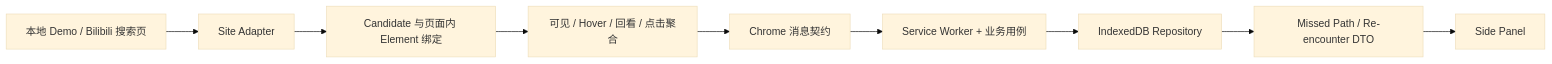
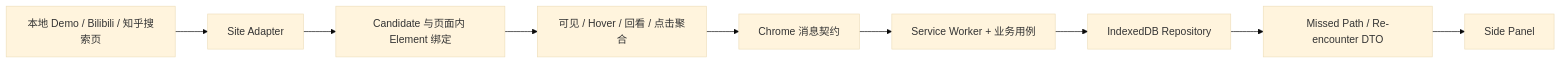
The diagram in README.md (callmedog123/Dut_hksS2), drawn with Mermaid (base theme) before and after one commit. The commit also changed other lines of this file and 31 other files, not shown here.

````diff
--- a/README.md
+++ b/README.md
@@ -21,11 +21,11 @@
 ```mermaid
 flowchart LR
-  A[本地 Demo / Bilibili 搜索页] --> B[Site Adapter]
+  A[本地 Demo / Bilibili / 知乎搜索页] --> B[Site Adapter]
   B --> C[Candidate 与页面内 Element 绑定]
   C --> D[可见 / Hover / 回看 / 点击聚合]
   D --> E[Chrome 消息契约]
   E --> F[Service Worker + 业务用例]
   F --> G[IndexedDB Repository]
   G --> H[Missed Path / Re-encounter DTO]
   H --> I[Side Panel]
 ```
````
